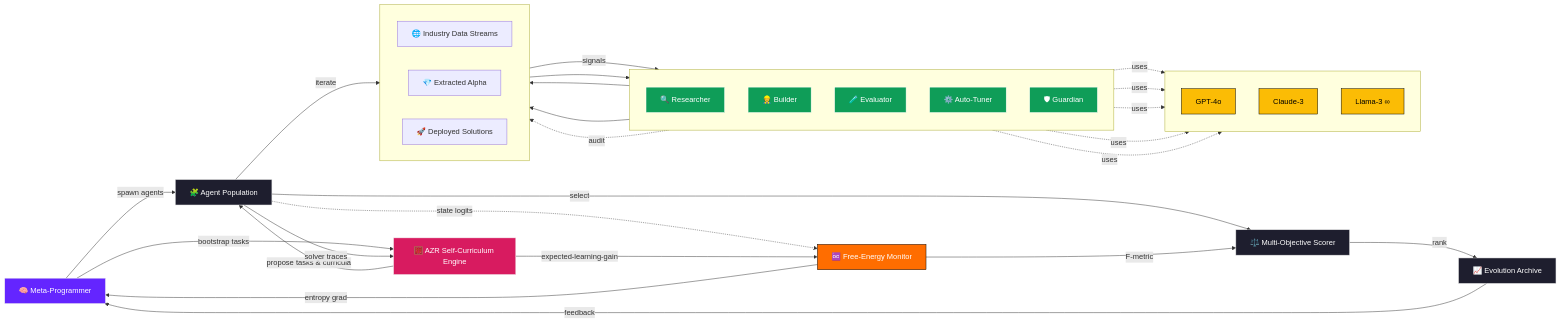
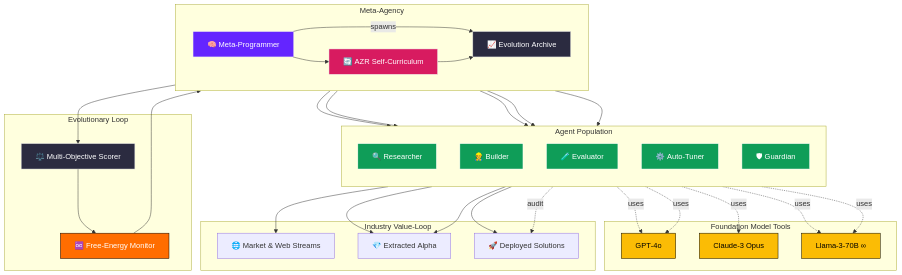
Before and after one commit to vishalbelsare/AGI-Alpha-Agent-v0: the diagram in alpha_factory_v1/demos/meta_agentic_agi_v3/README.md, drawn with Mermaid. The commit also changed other lines of this file, not shown here.

````diff
--- a/alpha_factory_v1/demos/meta_agentic_agi_v3/README.md
+++ b/alpha_factory_v1/demos/meta_agentic_agi_v3/README.md
@@ -20,75 +4,57 @@
 ```mermaid
-%% 𝗚𝗿𝗮𝗻𝗱 𝗦𝘆𝗻𝗮𝗽𝘀𝗲 𝗚𝗿𝗮𝗽𝗵 – Meta-Agentic α-AGI (v3 AZR-powered)
-graph LR
-  %% ─────────────────────────────  Class styles
-  classDef meta       fill:#6425ff,stroke:#eee,color:#fff
-  classDef layer      fill:#1e1e2e,stroke:#ddd,color:#fff
-  classDef agent      fill:#0f9d58,stroke:#fff,color:#fff
-  classDef tool       fill:#fbbc05,stroke:#000,color:#000
-  classDef physics    fill:#ff6d00,stroke:#000,color:#fff
-  classDef curriculum fill:#d81b60,stroke:#eee,color:#fff
-
-  %% ─────────────────────────────  High-level layers
-  A0["🧠 Meta-Programmer"]:::meta
-  A1["📈 Evolution Archive"]:::layer
-  A2["⚖️ Multi-Objective Scorer"]:::layer
-  Aφ["♾️ Free-Energy Monitor"]:::physics
-  AZ["🧮 AZR Self-Curriculum Engine"]:::curriculum
-  A3["🧩 Agent Population"]:::layer
-
-  %% ─────────────────────────────  First-order agents
-  subgraph " "
-    direction TB
-    D1["🔍 Researcher"]:::agent
-    D2["👷 Builder"]:::agent
-    D3["🧪 Evaluator"]:::agent
-    D4["⚙️ Auto-Tuner"]:::agent
-    D5["🛡 Guardian"]:::agent
+%% 𝗚𝗿𝗮𝗻𝗱 𝗢𝗽𝗲𝗿𝗮𝘁𝗶𝗼𝗻𝗮𝗹 𝗦𝘆𝗻𝗮𝗽𝘀𝗲 — Alpha‑Factory v1 (AZR + POET + MuZero++)
+flowchart TD
+  subgraph LAYER0["Meta‑Agency"]
+    direction LR
+    MP["🧠 Meta‑Programmer"]:::meta -->|spawns| POP
+    AZR["🔄 AZR Self‑Curriculum"]:::curri
+    MP --> AZR
   end
 
-  %% ─────────────────────────────  Foundation-model tools
-  subgraph " "
-    direction TB
-    T1["GPT-4o"]:::tool
-    T2["Claude-3"]:::tool
-    T3["Llama-3 ∞"]:::tool
+  subgraph LAYER1["Evolutionary Loop"]
+    POP["📈 Evolution Archive"]:::layer
+    SCORE["⚖️ Multi‑Objective Scorer"]:::layer
+    FE["♾️ Free‑Energy Monitor"]:::phys
+    POP --> SCORE --> FE --> MP
+    AZR --> POP
   end
 
-  %% ─────────────────────────────  Core data / value loop
-  subgraph " "
-    direction LR
-    V1["🌐 Industry Data Streams"]
-    V2["💎 Extracted Alpha"]
-    V3["🚀 Deployed Solutions"]
+  subgraph LAYER2["Agent Population"]
+    direction TB
+    R["🔍 Researcher"]:::agent
+    B["👷 Builder"]:::agent
+    E["🧪 Evaluator"]:::agent
+    T["⚙️ Auto‑Tuner"]:::agent
+    G["🛡 Guardian"]:::agent
   end
+  MP --> R & B & E & T & G
 
-  %% ─────────────────────────────  Arrows – outer control-flow
-  A0 -->|spawn agents| A3
-  A0 -->|bootstrap tasks| AZ
-  AZ -->|propose tasks & curricula| A3
-  A3 -->|solver traces| AZ
-  A3 -->|select| A2
-  A2 -->|rank| A1
-  A1 -- feedback --> A0
+  subgraph LAYER3["Foundation Model Tools"]
+    GPT["GPT‑4o"]:::tool
+    CLAUDE["Claude‑3 Opus"]:::tool
+    L3["Llama‑3‑70B ∞"]:::tool
+  end
+  R -.uses.-> GPT
+  B -.uses.-> L3
+  E -.uses.-> CLAUDE
+  T -.uses.-> L3
+  G -.uses.-> GPT
 
-  %% ─────────────────────────────  Free-energy feedback
-  A3 -.state logits.-> Aφ
-  Aφ -->|F-metric| A2
-  Aφ -- entropy grad --> A0
-  AZ -- expected-learning-gain --> Aφ
+  subgraph VALUE_LOOP["Industry Value‑Loop"]
+    DATA["🌐 Market & Web Streams"]
+    ALPHA["💎 Extracted Alpha"]
+    SOL["🚀 Deployed Solutions"]
+  end
+  R --> DATA
+  B --> ALPHA
+  E --> SOL
+  T --> ALPHA
+  G -.audit.-> SOL
 
-  %% ─────────────────────────────  Provider links
-  D1 -.uses.-> T1
-  D2 -.uses.-> T3
-  D3 -.uses.-> T2
-  D4 -.uses.-> T3
-  D5 -.uses.-> T1
-
-  %% ─────────────────────────────  Value extraction
-  A3 -->|iterate| V1
-  V1 -->|signals| D1
-  D2 --> V2
-  V2 --> D3
-  D4 --> V3
-  D5 -.audit.-> V3
+classDef meta fill:#6425ff,stroke:#eee,color:#fff
+classDef layer fill:#2b2b40,stroke:#ddd,color:#fff
+classDef phys fill:#ff6d00,stroke:#000,color:#fff
+classDef agent fill:#0f9d58,stroke:#fff,color:#fff
+classDef tool fill:#fbbc05,stroke:#000,color:#000
+classDef curri fill:#d81b60,stroke:#eee,color:#fff
 ```
````
